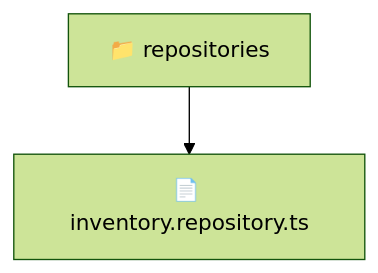
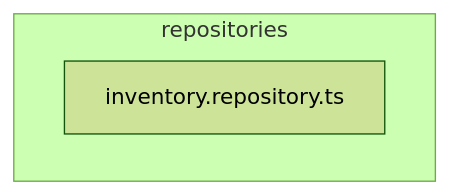
Before and after one commit to beginwebdev2002/fullstack-mavluda: the diagram in backend/src/modules/inventory/infrastructure/repositories/README.md, drawn with Mermaid (forest theme). The commit also changed other lines of this file and 163 other files, not shown here.

````diff
--- a/backend/src/modules/inventory/infrastructure/repositories/README.md
+++ b/backend/src/modules/inventory/infrastructure/repositories/README.md
@@ -9,5 +15,6 @@
 ```mermaid
 graph TD
-  Root["📁 repositories"]
-  Root --> inventory_repository_ts["📄 inventory.repository.ts"]
+  subgraph repositories
+    inventory_repository_ts["inventory.repository.ts"]
+  end
 ```
````
